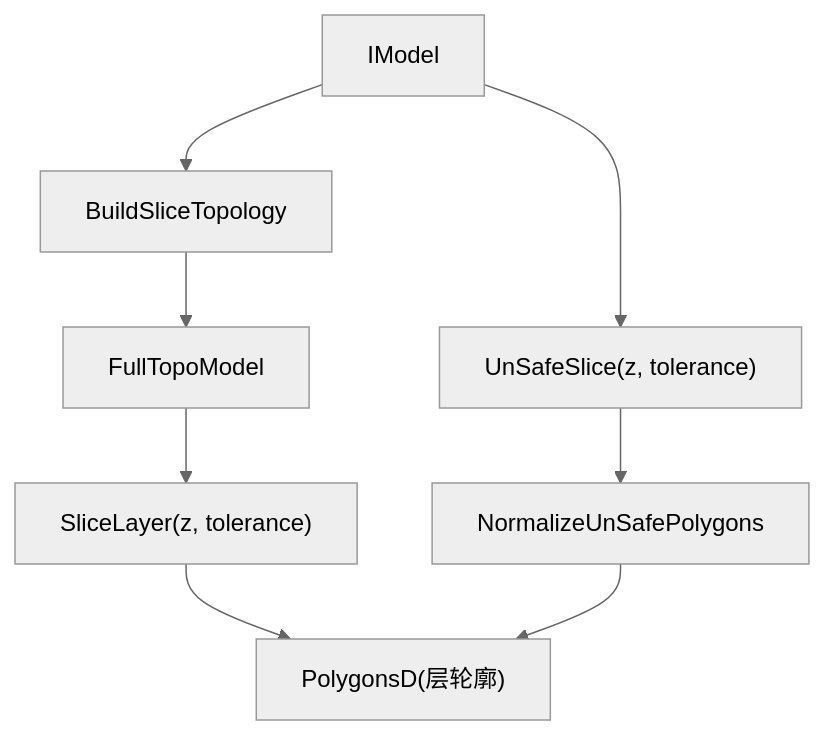
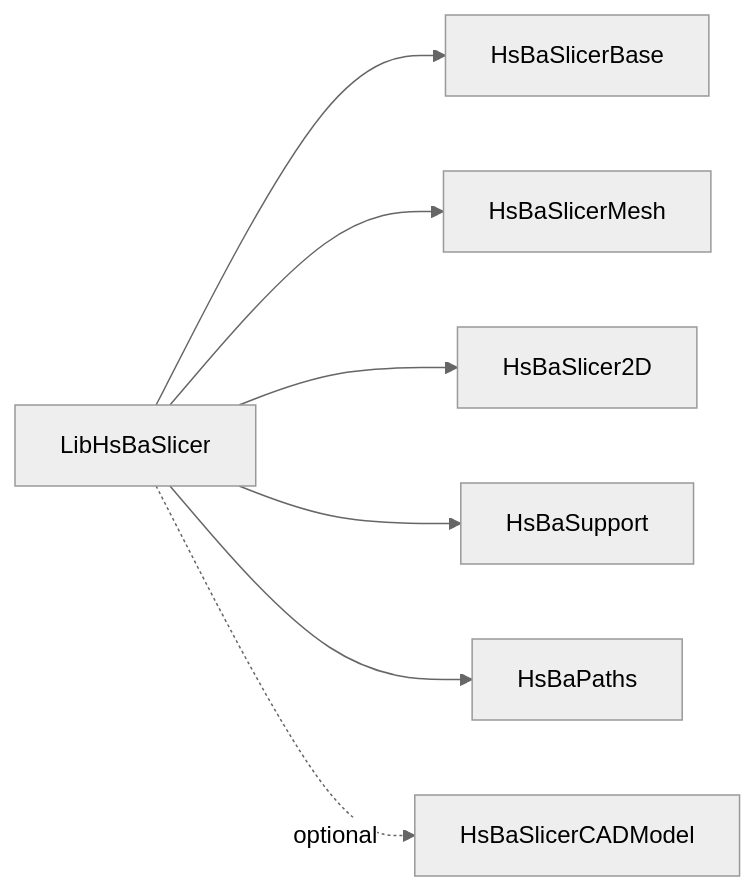
One commit to hsmbanlance/HsBaSlicer changed diagram 11 of 11 in .qoder/repowiki/zh/content/核心模块详解/核心模块详解.md. Above: the diagram before and after it, drawn with Mermaid (neutral theme). The commit also changed other lines of this file and 1095 other files, not shown here.

````diff
--- a/.qoder/repowiki/zh/content/核心模块详解/核心模块详解.md
+++ b/.qoder/repowiki/zh/content/核心模块详解/核心模块详解.md
@@ -370,10 +417,9 @@
 ```mermaid
-flowchart TD
-M["IModel"] --> B["BuildSliceTopology"]
-B --> T["FullTopoModel"]
-T --> S["SliceLayer(z, tolerance)"]
-S --> O["PolygonsD(层轮廓)"]
-M --> U["UnSafeSlice(z, tolerance)"]
-U --> N["NormalizeUnSafePolygons"]
-N --> O
+graph LR
+LIB["LibHsBaSlicer"] --> BASE["HsBaSlicerBase"]
+LIB --> MESH["HsBaSlicerMesh"]
+LIB --> TWO_D["HsBaSlicer2D"]
+LIB --> SUP["HsBaSupport"]
+LIB --> PATHS["HsBaPaths"]
+LIB -.optional.-> CAD["HsBaSlicerCADModel"]
 ```
````
